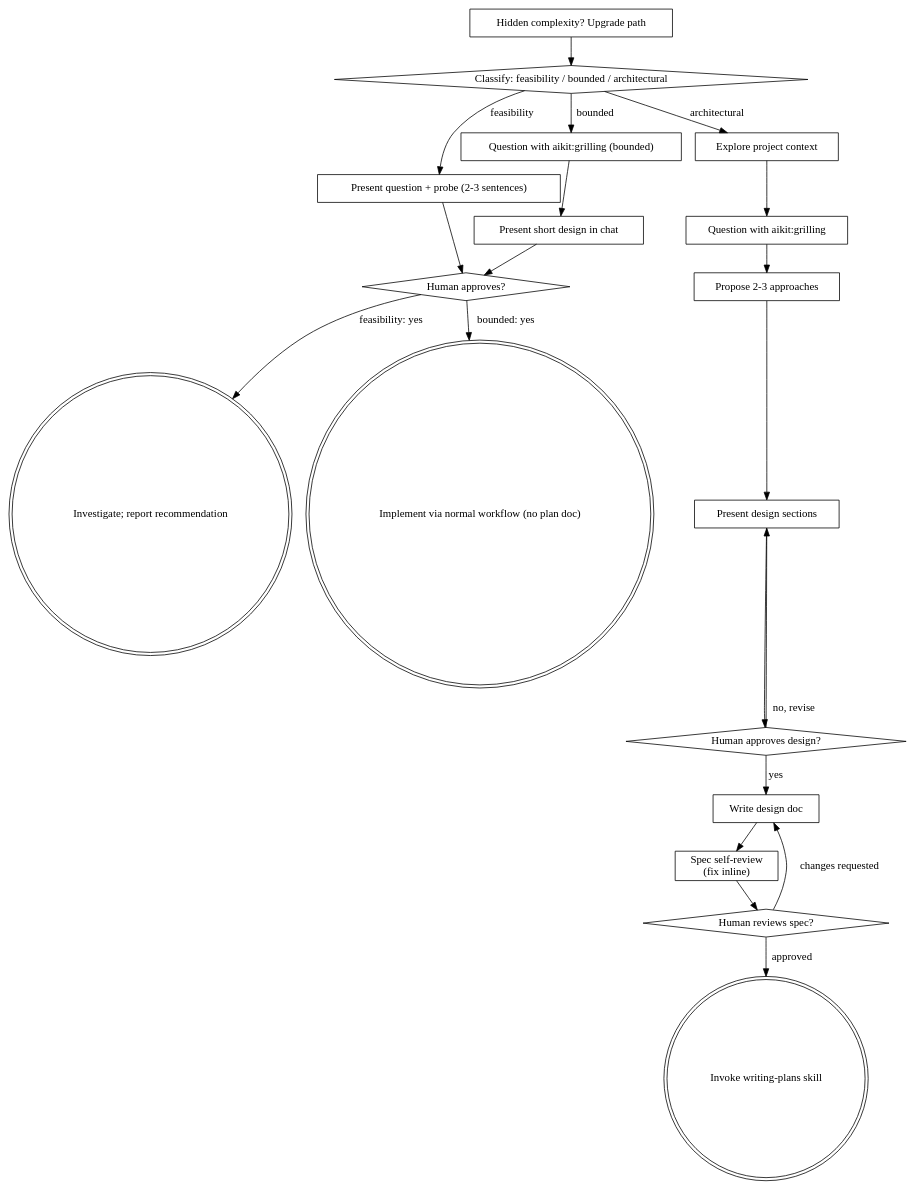
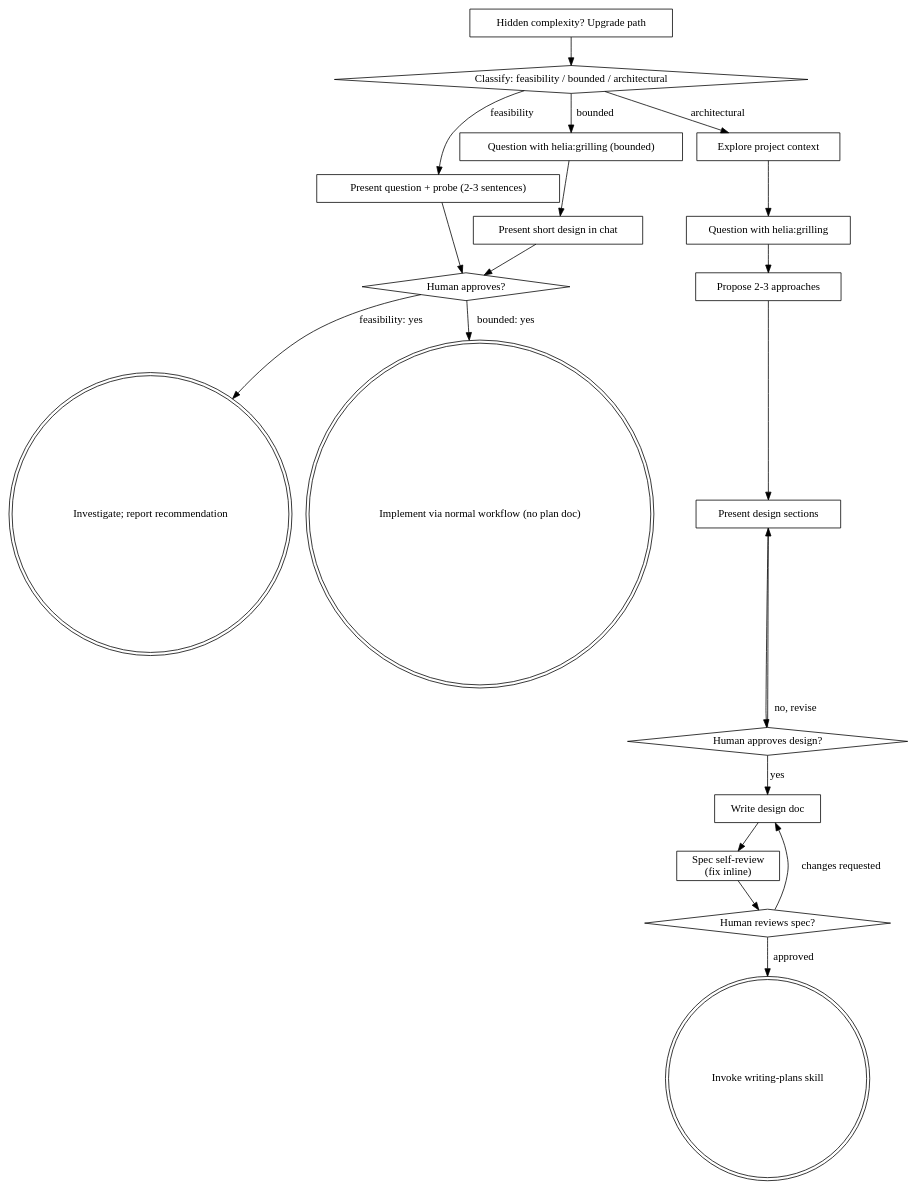
Before and after one commit to Athyrr/aikit: the diagram in skills/designing-the-solution/SKILL.md, drawn with Graphviz. The commit also changed other lines of this file and 5 other files, not shown here.

````diff
--- a/skills/designing-the-solution/SKILL.md
+++ b/skills/designing-the-solution/SKILL.md
@@ -113,41 +113,41 @@
 ```dot
 digraph designing_the_solution {
     "Classify: feasibility / bounded / architectural" [shape=diamond];
     "Present question + probe (2-3 sentences)" [shape=box];
-    "Question with aikit:grilling (bounded)" [shape=box];
+    "Question with helia:grilling (bounded)" [shape=box];
     "Present short design in chat" [shape=box];
     "Human approves?" [shape=diamond];
     "Investigate; report recommendation" [shape=doublecircle];
     "Implement via normal workflow (no plan doc)" [shape=doublecircle];
     "Explore project context" [shape=box];
-    "Question with aikit:grilling" [shape=box];
+    "Question with helia:grilling" [shape=box];
     "Propose 2-3 approaches" [shape=box];
     "Present design sections" [shape=box];
     "Human approves design?" [shape=diamond];
     "Write design doc" [shape=box];
     "Spec self-review\n(fix inline)" [shape=box];
     "Human reviews spec?" [shape=diamond];
     "Invoke writing-plans skill" [shape=doublecircle];
     "Hidden complexity? Upgrade path" [shape=box];
 
     "Classify: feasibility / bounded / architectural" -> "Present question + probe (2-3 sentences)" [label="feasibility"];
-    "Classify: feasibility / bounded / architectural" -> "Question with aikit:grilling (bounded)" [label="bounded"];
+    "Classify: feasibility / bounded / architectural" -> "Question with helia:grilling (bounded)" [label="bounded"];
     "Classify: feasibility / bounded / architectural" -> "Explore project context" [label="architectural"];
     "Present question + probe (2-3 sentences)" -> "Human approves?";
-    "Question with aikit:grilling (bounded)" -> "Present short design in chat";
+    "Question with helia:grilling (bounded)" -> "Present short design in chat";
     "Present short design in chat" -> "Human approves?";
     "Human approves?" -> "Investigate; report recommendation" [label="feasibility: yes"];
     "Human approves?" -> "Implement via normal workflow (no plan doc)" [label="bounded: yes"];
     "Hidden complexity? Upgrade path" -> "Classify: feasibility / bounded / architectural";
-    "Explore project context" -> "Question with aikit:grilling";
-    "Question with aikit:grilling" -> "Propose 2-3 approaches";
+    "Explore project context" -> "Question with helia:grilling";
+    "Question with helia:grilling" -> "Propose 2-3 approaches";
     "Propose 2-3 approaches" -> "Present design sections";
     "Present design sections" -> "Human approves design?";
     "Human approves design?" -> "Present design sections" [label="no, revise"];
     "Human approves design?" -> "Write design doc" [label="yes"];
     "Write design doc" -> "Spec self-review\n(fix inline)";
     "Spec self-review\n(fix inline)" -> "Human reviews spec?";
     "Human reviews spec?" -> "Write design doc" [label="changes requested"];
     "Human reviews spec?" -> "Invoke writing-plans skill" [label="approved"];
 }
 ```
````
